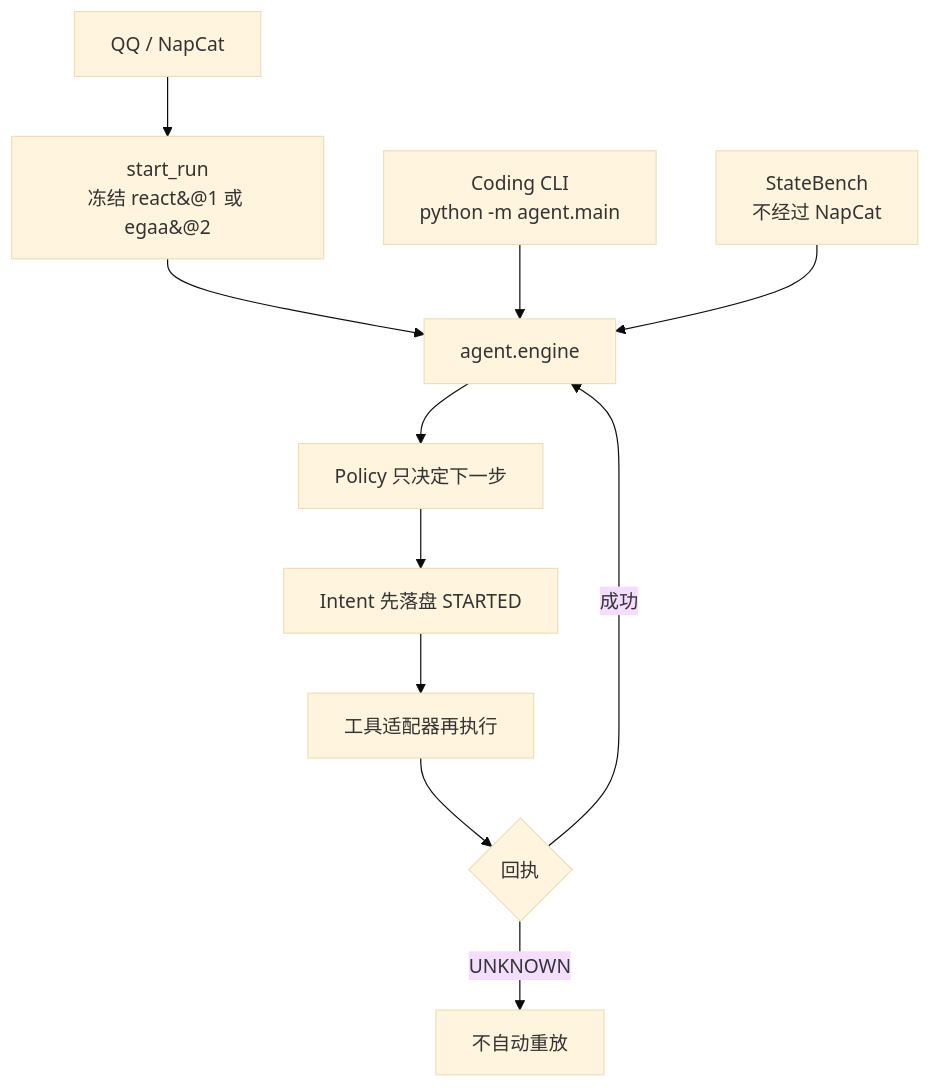
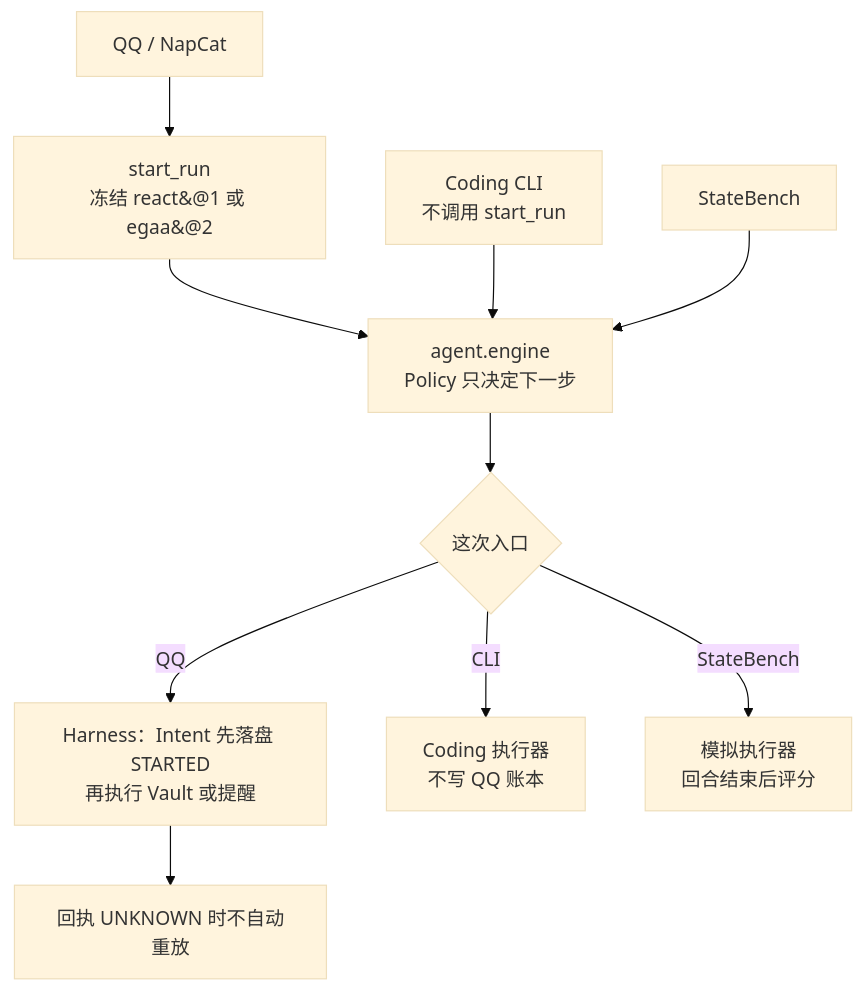
Before and after one commit to Covertrick/WhaleAgent: the diagram in README.md, drawn with Mermaid (base theme). The commit also changed other lines of this file, not shown here.

````diff
--- a/README.md
+++ b/README.md
@@ -21,13 +41,12 @@
 ```mermaid
 flowchart TD
   QQ["QQ / NapCat"] --> Run["start_run<br>冻结 react&#64;1 或 egaa&#64;2"]
-  Run --> Engine["agent.engine"]
-  CLI["Coding CLI<br>python -m agent.main"] --> Engine
-  Bench["StateBench<br>不经过 NapCat"] --> Engine
-  Engine --> Policy["Policy 只决定下一步"]
-  Policy --> Started["Intent 先落盘 STARTED"]
-  Started --> Tool["工具适配器再执行"]
-  Tool --> Receipt{"回执"}
-  Receipt -->|成功| Engine
-  Receipt -->|UNKNOWN| Hold["不自动重放"]
+  Run --> Engine["agent.engine<br>Policy 只决定下一步"]
+  CLI["Coding CLI<br>不调用 start_run"] --> Engine
+  Bench["StateBench"] --> Engine
+  Engine --> Route{"这次入口"}
+  Route -->|QQ| Ledger["Harness：Intent 先落盘 STARTED<br>再执行 Vault 或提醒"]
+  Route -->|CLI| Code["Coding 执行器<br>不写 QQ 账本"]
+  Route -->|StateBench| Sim["模拟执行器<br>回合结束后评分"]
+  Ledger --> Hold["回执 UNKNOWN 时不自动重放"]
 ```
````
